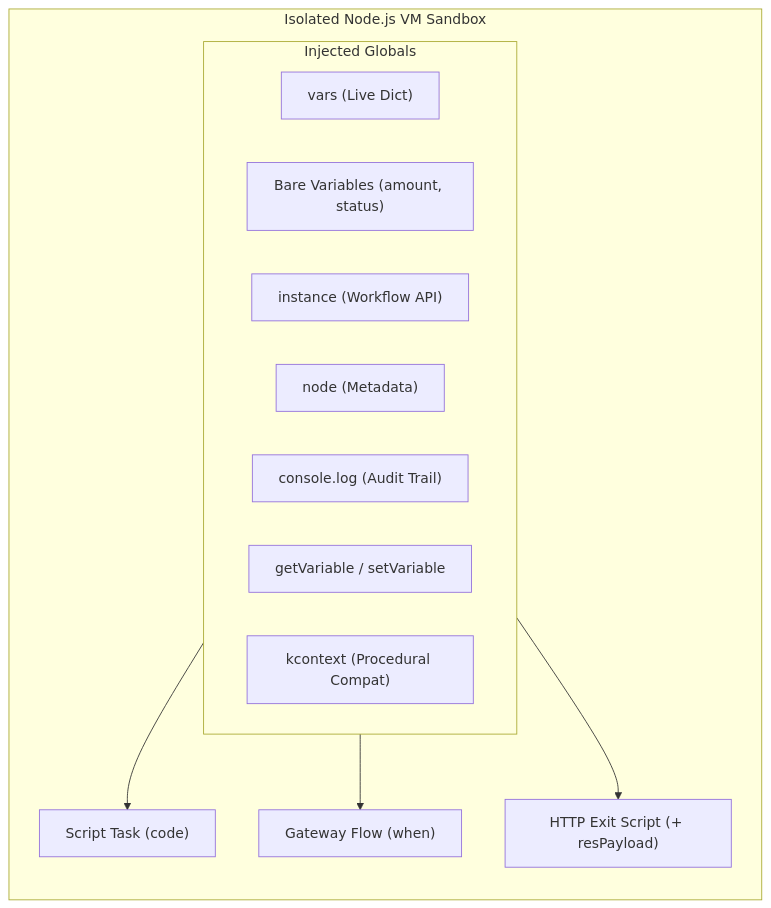
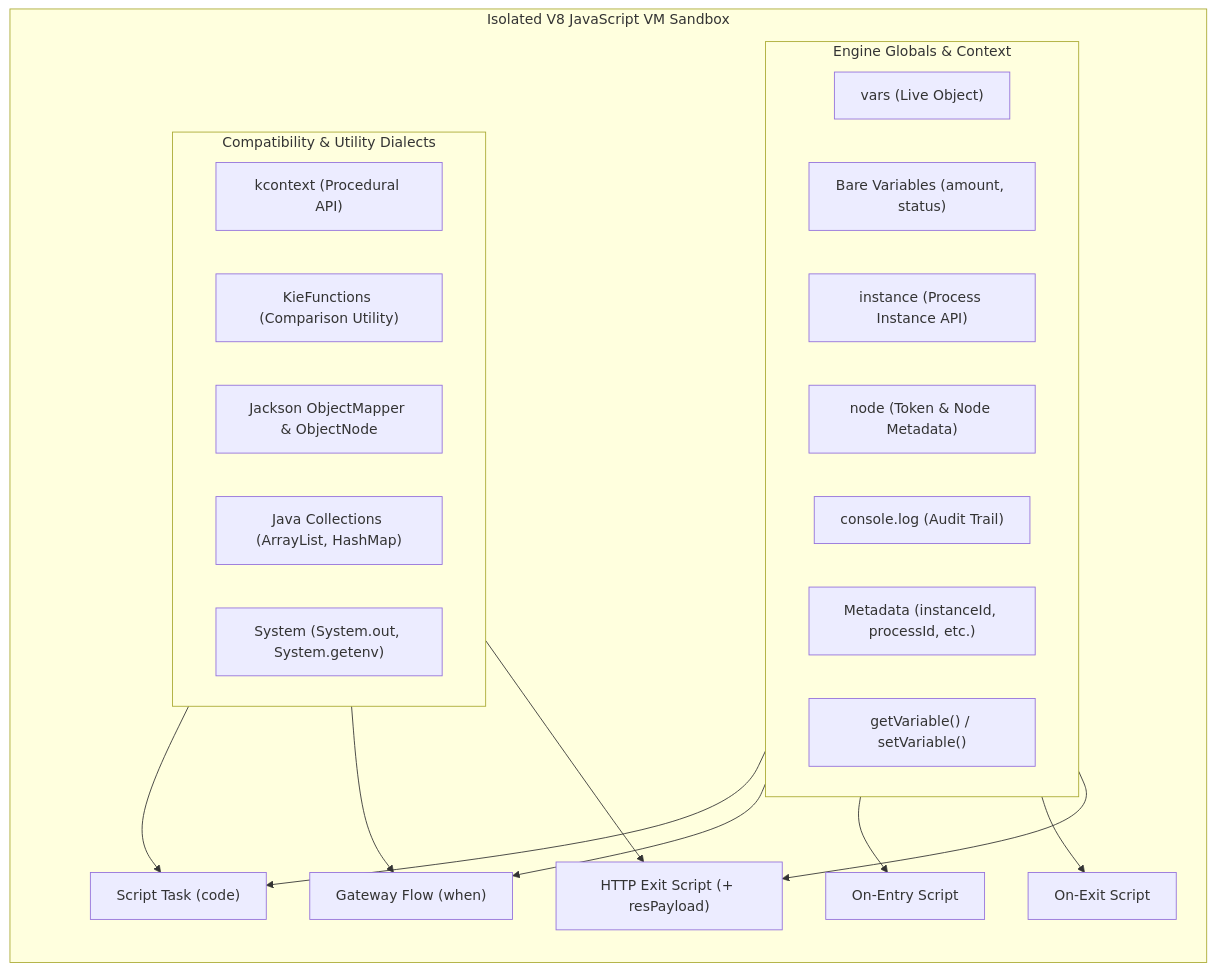
The first of 2 diagrams in jbpm-engine/docs/usage_docs/15-javascript-and-flow-variables-cheatsheet.md (Avinashkumar8694/prudential-claims-bpm), drawn with Mermaid before and after one commit. The commit also changed other lines of this file and 4 other files, not shown here.

Commit message:
feat: complete JavaScript & flow variables master cheat sheet, KieFunctions suite, instance/node methods, and code editor snippets

````diff
--- a/jbpm-engine/docs/usage_docs/15-javascript-and-flow-variables-cheatsheet.md
+++ b/jbpm-engine/docs/usage_docs/15-javascript-and-flow-variables-cheatsheet.md
@@ -16,18 +18,30 @@
 ```mermaid
 flowchart TD
-    subgraph ExecutionRealm["Isolated Node.js VM Sandbox"]
+    subgraph ExecutionRealm["Isolated V8 JavaScript VM Sandbox"]
         direction TB
-        subgraph Globals["Injected Globals"]
-            V["vars (Live Dict)"]
+        subgraph EngineGlobals["Engine Globals & Context"]
+            V["vars (Live Object)"]
             B["Bare Variables (amount, status)"]
-            I["instance (Workflow API)"]
-            N["node (Metadata)"]
+            I["instance (Process Instance API)"]
+            N["node (Token & Node Metadata)"]
             C["console.log (Audit Trail)"]
-            G["getVariable / setVariable"]
-            K["kcontext (Procedural Compat)"]
+            M["Metadata (instanceId, processId, etc.)"]
+            F["getVariable() / setVariable()"]
         end
-        Globals --> ScriptTask["Script Task (code)"]
-        Globals --> GatewayCond["Gateway Flow (when)"]
-        Globals --> HttpExit["HTTP Exit Script (+ resPayload)"]
+        subgraph CompatibilityGlobals["Compatibility & Utility Dialects"]
+            K["kcontext (Procedural API)"]
+            KF["KieFunctions (Comparison Utility)"]
+            JK["Jackson ObjectMapper & ObjectNode"]
+            JC["Java Collections (ArrayList, HashMap)"]
+            SY["System (System.out, System.getenv)"]
+        end
+        EngineGlobals --> ScriptTask["Script Task (code)"]
+        EngineGlobals --> GatewayCond["Gateway Flow (when)"]
+        EngineGlobals --> OnEntry["On-Entry Script"]
+        EngineGlobals --> OnExit["On-Exit Script"]
+        EngineGlobals --> HttpExit["HTTP Exit Script (+ resPayload)"]
+        CompatibilityGlobals --> ScriptTask
+        CompatibilityGlobals --> GatewayCond
+        CompatibilityGlobals --> HttpExit
     end
 ```
````
